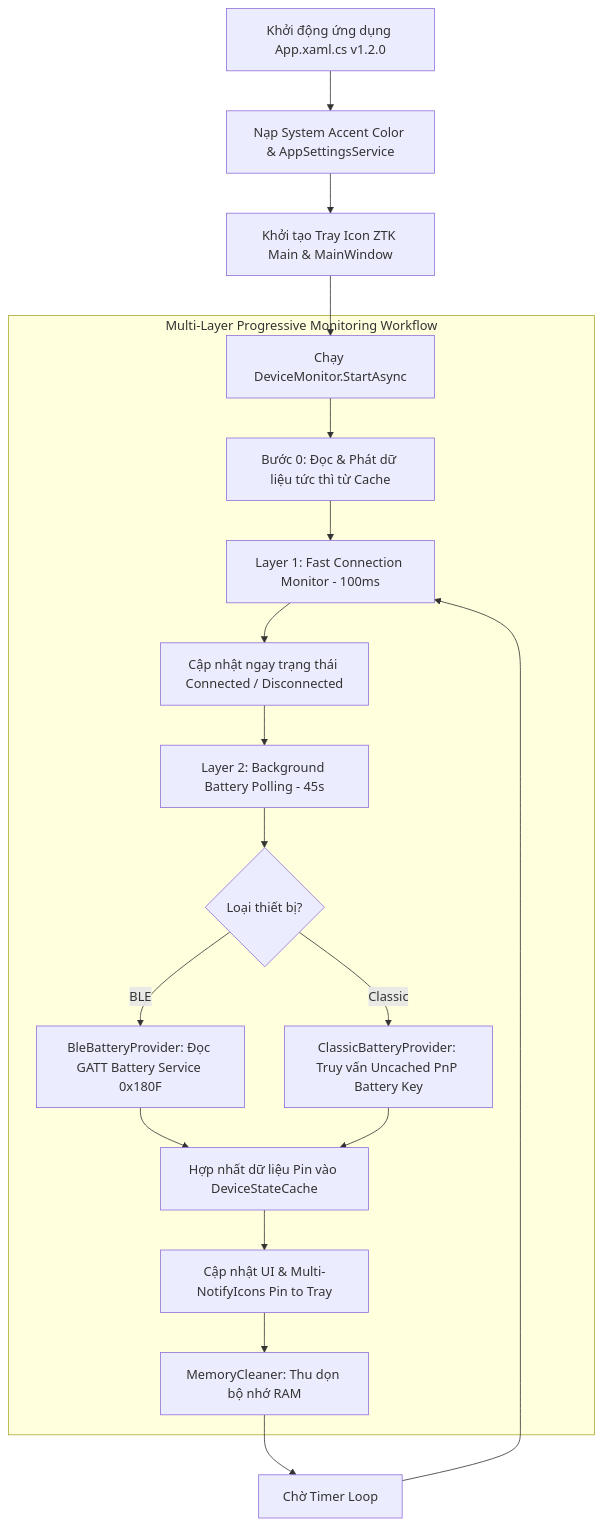
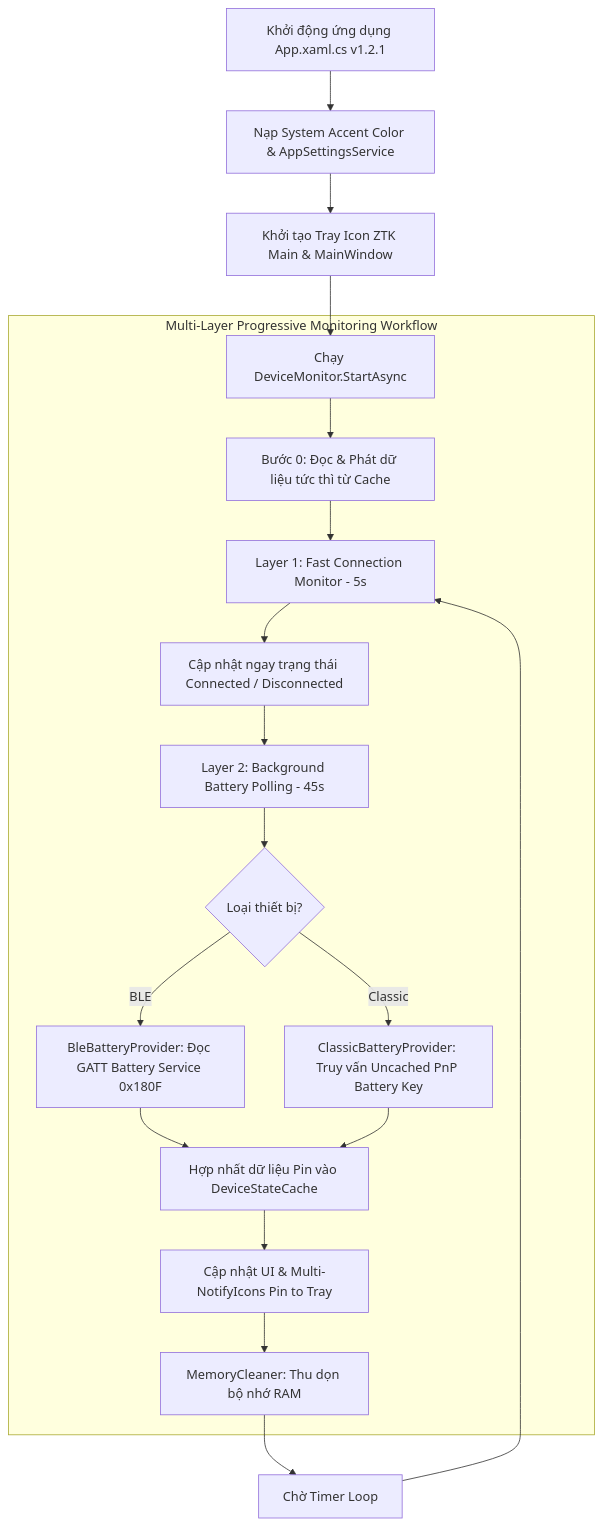
The diagram in PROJECT_OVERVIEW.md (LyTinh1106/WirelessBatteryLevel), drawn with Mermaid before and after one commit. The commit also changed other lines of this file and 4 other files, not shown here.

````diff
--- a/PROJECT_OVERVIEW.md
+++ b/PROJECT_OVERVIEW.md
@@ -17,25 +17,25 @@
 ```mermaid
 flowchart TD
-    A[Khởi động ứng dụng App.xaml.cs v1.2.0] --> B[Nạp System Accent Color & AppSettingsService]
+    A[Khởi động ứng dụng App.xaml.cs v1.2.1] --> B[Nạp System Accent Color & AppSettingsService]
     B --> C[Khởi tạo Tray Icon ZTK Main & MainWindow]
     C --> D[Chạy DeviceMonitor.StartAsync]
     
     subgraph Multi-Layer Progressive Monitoring Workflow
         D --> E[Bước 0: Đọc & Phát dữ liệu tức thì từ Cache]
-        E --> F[Layer 1: Fast Connection Monitor - 100ms]
+        E --> F[Layer 1: Fast Connection Monitor - 5s]
         F --> G[Cập nhật ngay trạng thái Connected / Disconnected]
         G --> H[Layer 2: Background Battery Polling - 45s]
         
         H --> I{Loại thiết bị?}
         I -- BLE --> J[BleBatteryProvider: Đọc GATT Battery Service 0x180F]
         I -- Classic --> K[ClassicBatteryProvider: Truy vấn Uncached PnP Battery Key]
         
         J --> L[Hợp nhất dữ liệu Pin vào DeviceStateCache]
         K --> L
         L --> M[Cập nhật UI & Multi-NotifyIcons Pin to Tray]
         M --> N[MemoryCleaner: Thu dọn bộ nhớ RAM]
     end
 
     N --> O[Chờ Timer Loop]
     O --> F
 ```
````
